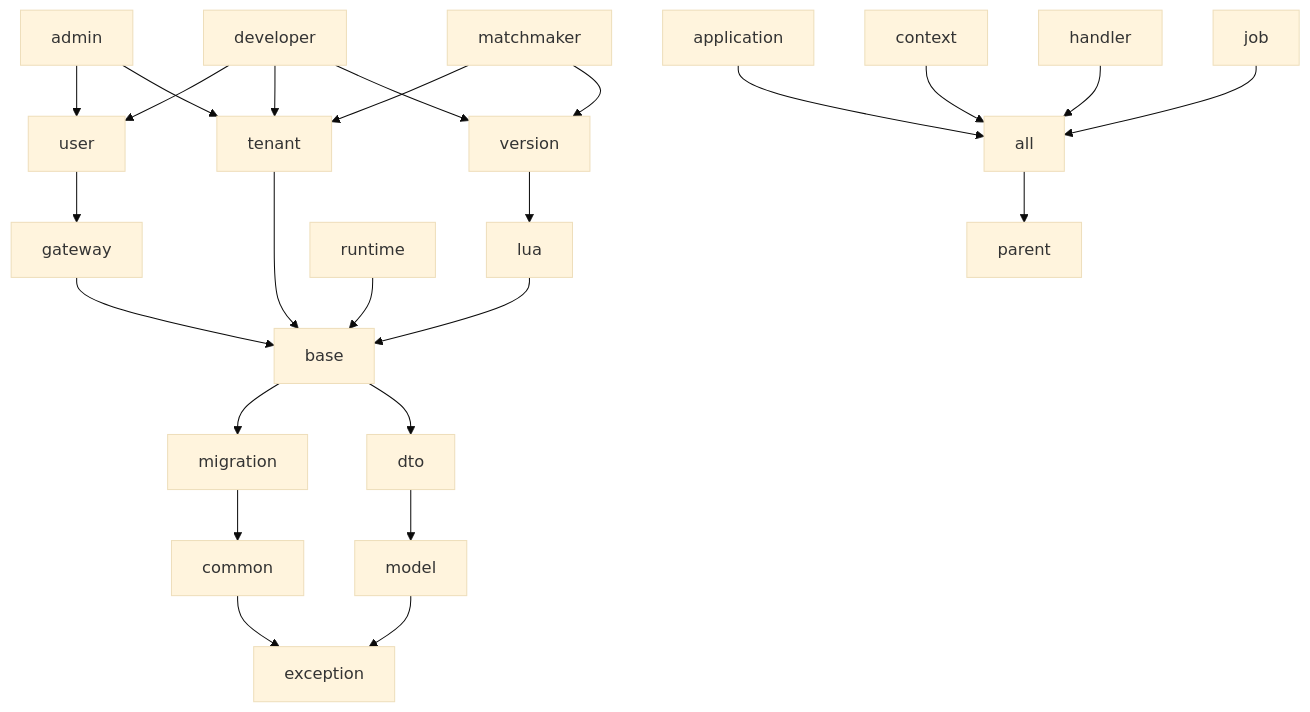
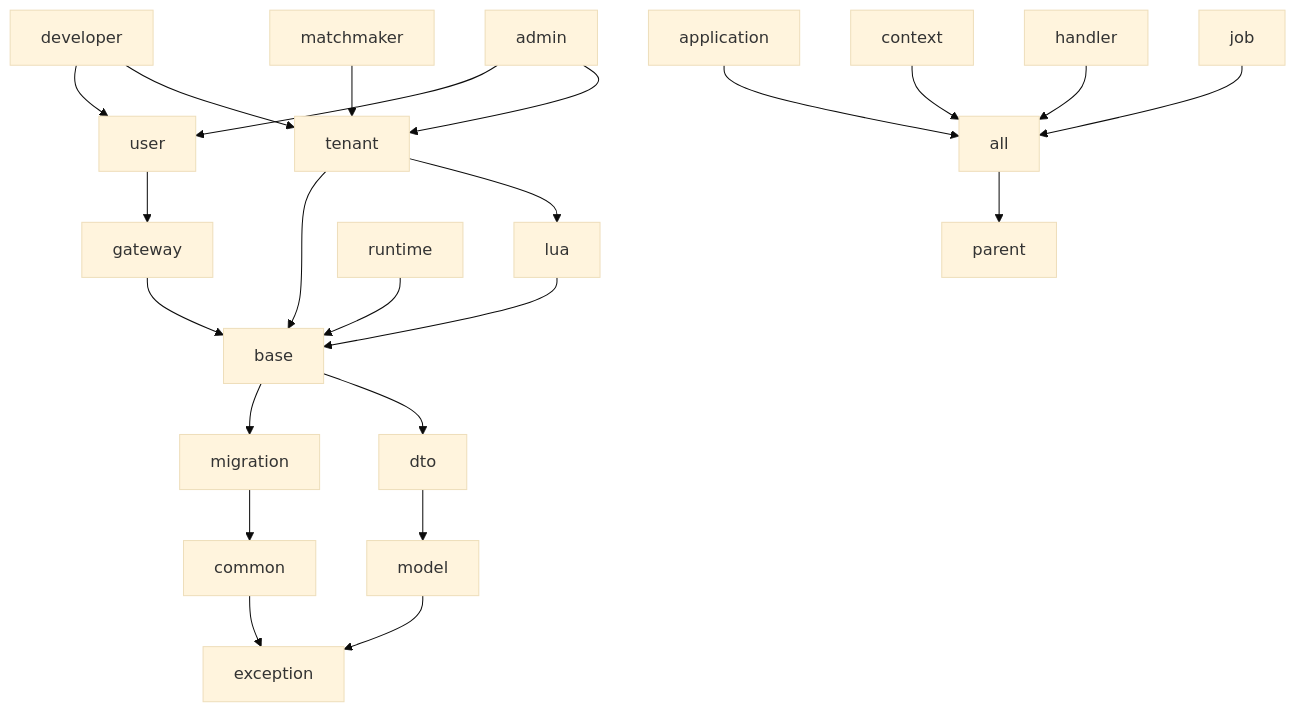
Before and after one commit to OMGSERVERS/omgservers: the diagram in omgservers-documentation/ModuleRelations.md, drawn with Mermaid (base theme). The commit also changed 181 other files, not shown here.

Commit message:
move version functionality into tenant module

````diff
--- a/omgservers-documentation/ModuleRelations.md
+++ b/omgservers-documentation/ModuleRelations.md
@@ -3,27 +3,25 @@
 ```mermaid
 graph TD;
 model --> exception
 dto --> model;
 common --> exception;
 migration --> common;
 base --> migration;
 base --> dto;
 gateway --> base;
 user --> gateway;
 tenant --> base;
-version --> lua;
+tenant --> lua;
 lua --> base;
 runtime --> base;
 matchmaker --> tenant;
-matchmaker --> version;
 developer --> user;
 developer --> tenant;
-developer --> version;
 admin --> user;
 admin --> tenant;
 application --> all;
 context --> all;
 handler --> all;
 job --> all;
 all --> parent;
 ```
````
